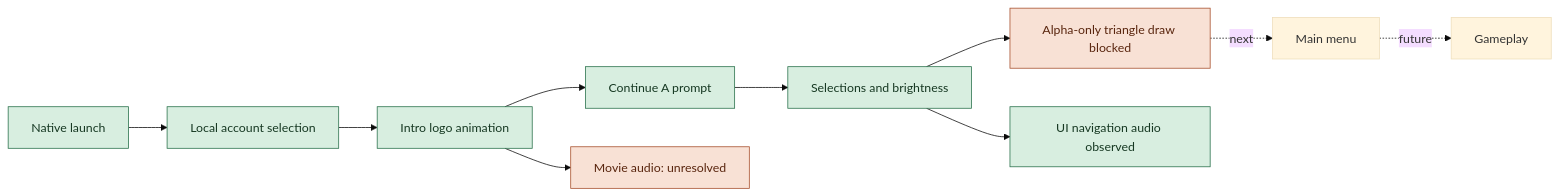
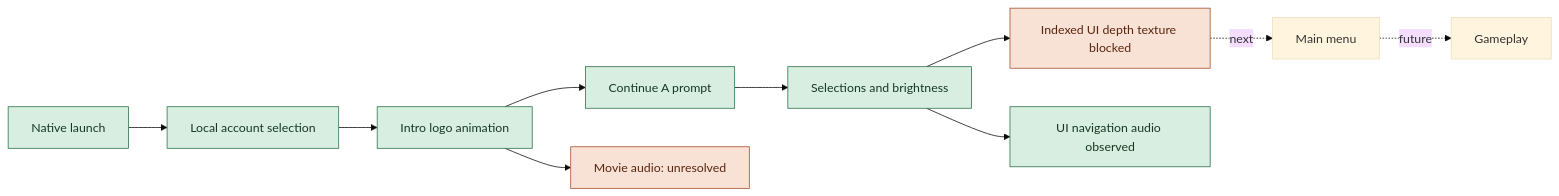
The first of 2 diagrams in README.md (DBWilliamEngineering/IraRationis), drawn with Mermaid (base theme) before and after one commit. The commit also changed other lines of this file and 24 other files, not shown here.

Commit message:
Continued work for UI peformance, Audio performance and reliability and continued work on file ops, and graphics pipeline. Continued work to handle draw related exceptions as we work towards playability. Continued work on deporting. Continue to do quality, standards and architectural passes.

````diff
--- a/README.md
+++ b/README.md
@@ -56,16 +56,16 @@
 ```mermaid
 flowchart LR
     A[Native launch] --> B[Local account selection]
     B --> C[Intro logo animation]
     C --> D[Continue A prompt]
     D --> E[Selections and brightness]
-    E --> F[Alpha-only triangle draw blocked]
+    E --> F[Indexed UI depth texture blocked]
     F -. next .-> G[Main menu]
     G -. future .-> H[Gameplay]
     C --> I[Movie audio: unresolved]
     E --> J[UI navigation audio observed]
     classDef reached fill:#d8eee0,stroke:#28704a,color:#163822
     classDef blocked fill:#f8e1d5,stroke:#a64e2b,color:#59250e
     class A,B,C,D,E,J reached
     class F,I blocked
 ```
````
